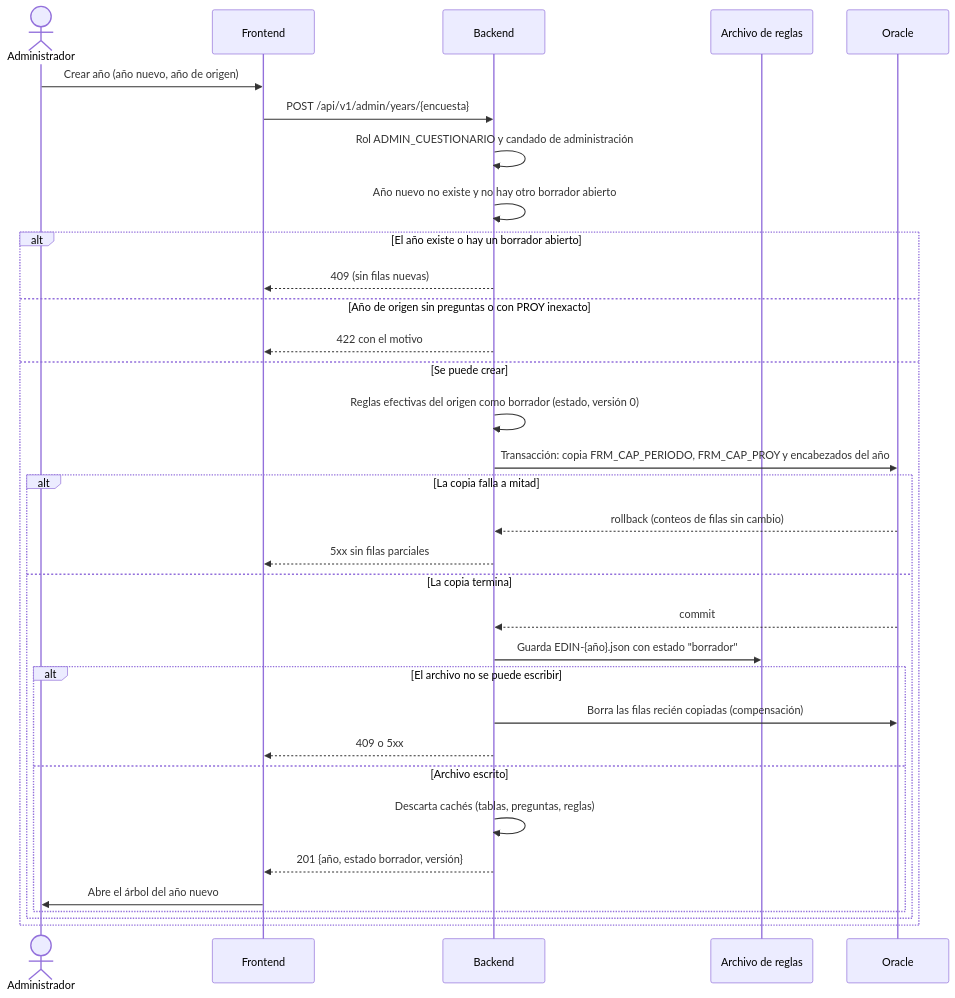
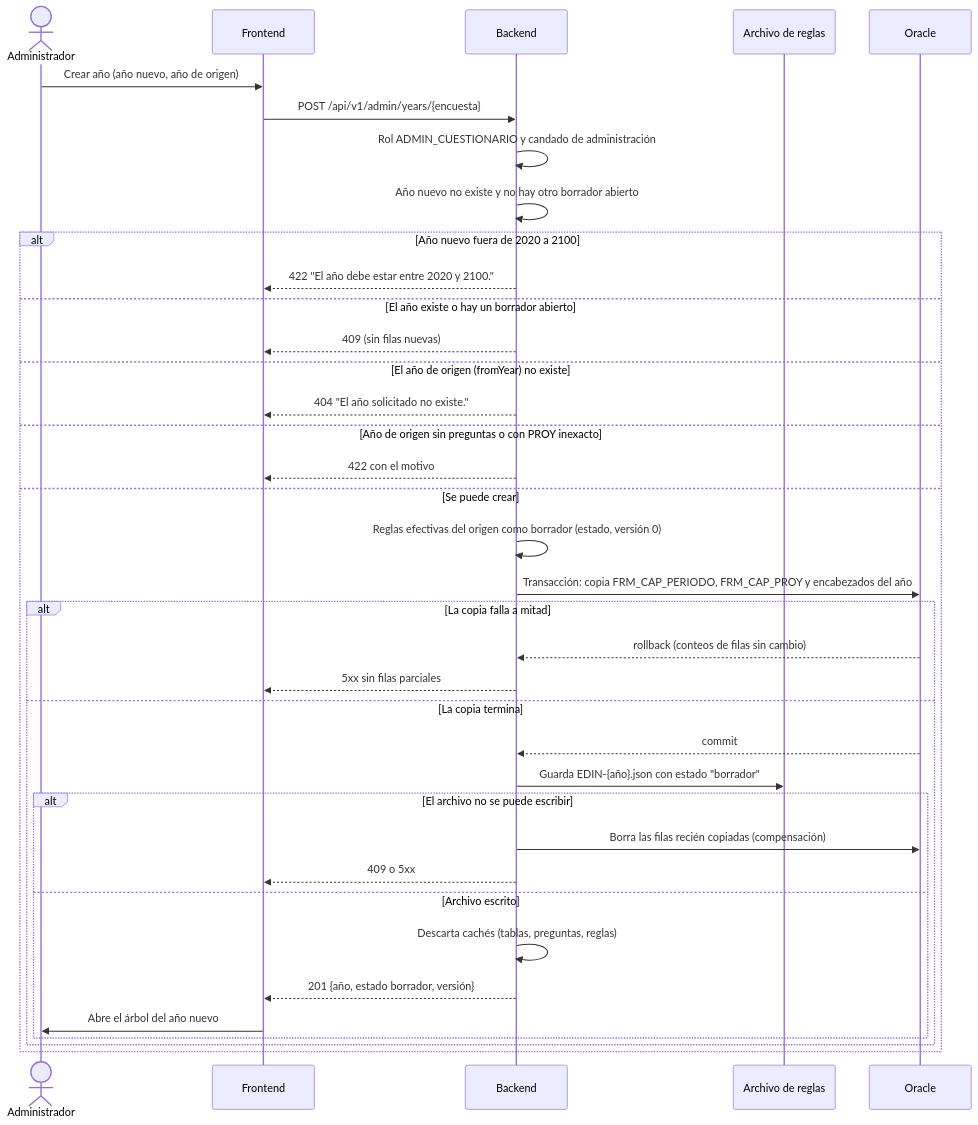
Before and after one commit to xiliosd/EDIS: the diagram in docs/diagramas/secuencia-crear-anio.md, drawn with Mermaid. The commit also changed 4 other files, not shown here.

````diff
--- a/docs/diagramas/secuencia-crear-anio.md
+++ b/docs/diagramas/secuencia-crear-anio.md
@@ -6,35 +6,39 @@
 ```mermaid
 sequenceDiagram
     actor A as Administrador
     participant F as Frontend
     participant B as Backend
     participant R as Archivo de reglas
     participant O as Oracle
     A->>F: Crear año (año nuevo, año de origen)
     F->>B: POST /api/v1/admin/years/{encuesta}
     B->>B: Rol ADMIN_CUESTIONARIO y candado de administración
     B->>B: Año nuevo no existe y no hay otro borrador abierto
-    alt El año existe o hay un borrador abierto
+    alt Año nuevo fuera de 2020 a 2100
+        B-->>F: 422 "El año debe estar entre 2020 y 2100."
+    else El año existe o hay un borrador abierto
         B-->>F: 409 (sin filas nuevas)
+    else El año de origen (fromYear) no existe
+        B-->>F: 404 "El año solicitado no existe."
     else Año de origen sin preguntas o con PROY inexacto
         B-->>F: 422 con el motivo
     else Se puede crear
         B->>B: Reglas efectivas del origen como borrador (estado, versión 0)
         B->>O: Transacción: copia FRM_CAP_PERIODO, FRM_CAP_PROY y encabezados del año
         alt La copia falla a mitad
             O-->>B: rollback (conteos de filas sin cambio)
             B-->>F: 5xx sin filas parciales
         else La copia termina
             O-->>B: commit
             B->>R: Guarda EDIN-{año}.json con estado "borrador"
             alt El archivo no se puede escribir
                 B->>O: Borra las filas recién copiadas (compensación)
                 B-->>F: 409 o 5xx
             else Archivo escrito
                 B->>B: Descarta cachés (tablas, preguntas, reglas)
                 B-->>F: 201 {año, estado borrador, versión}
                 F->>A: Abre el árbol del año nuevo
             end
         end
     end
 ```
````
